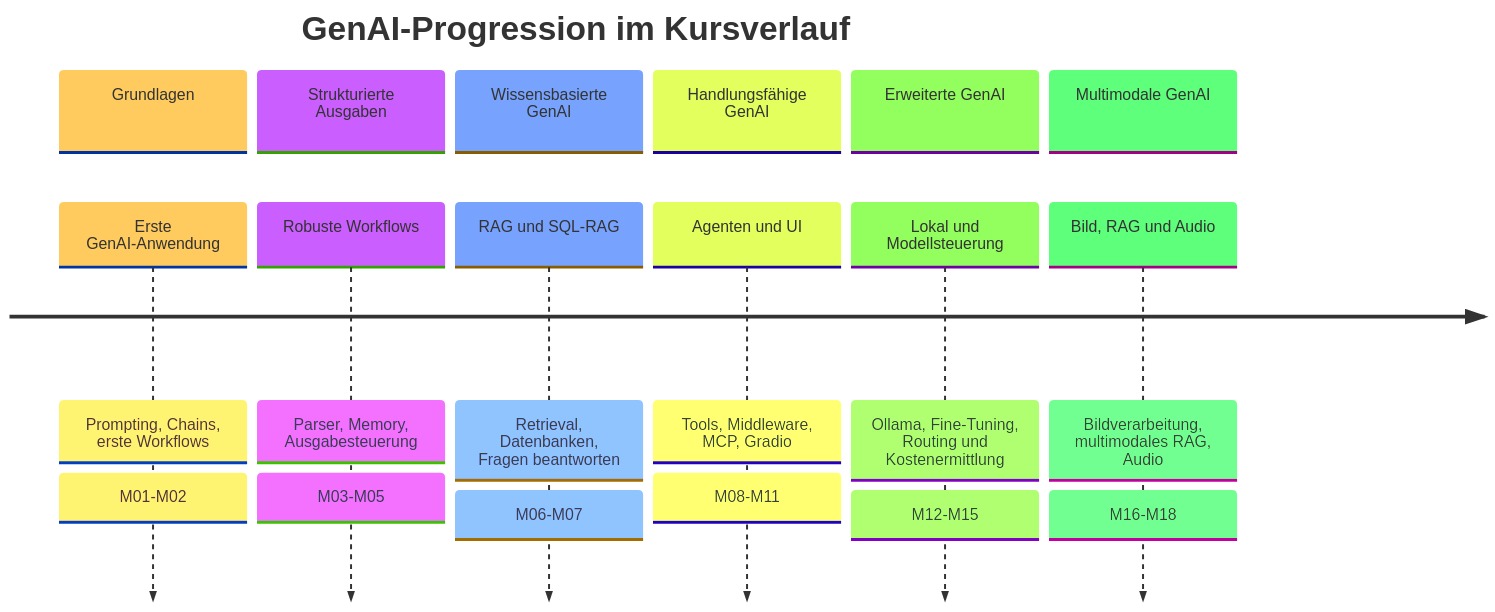
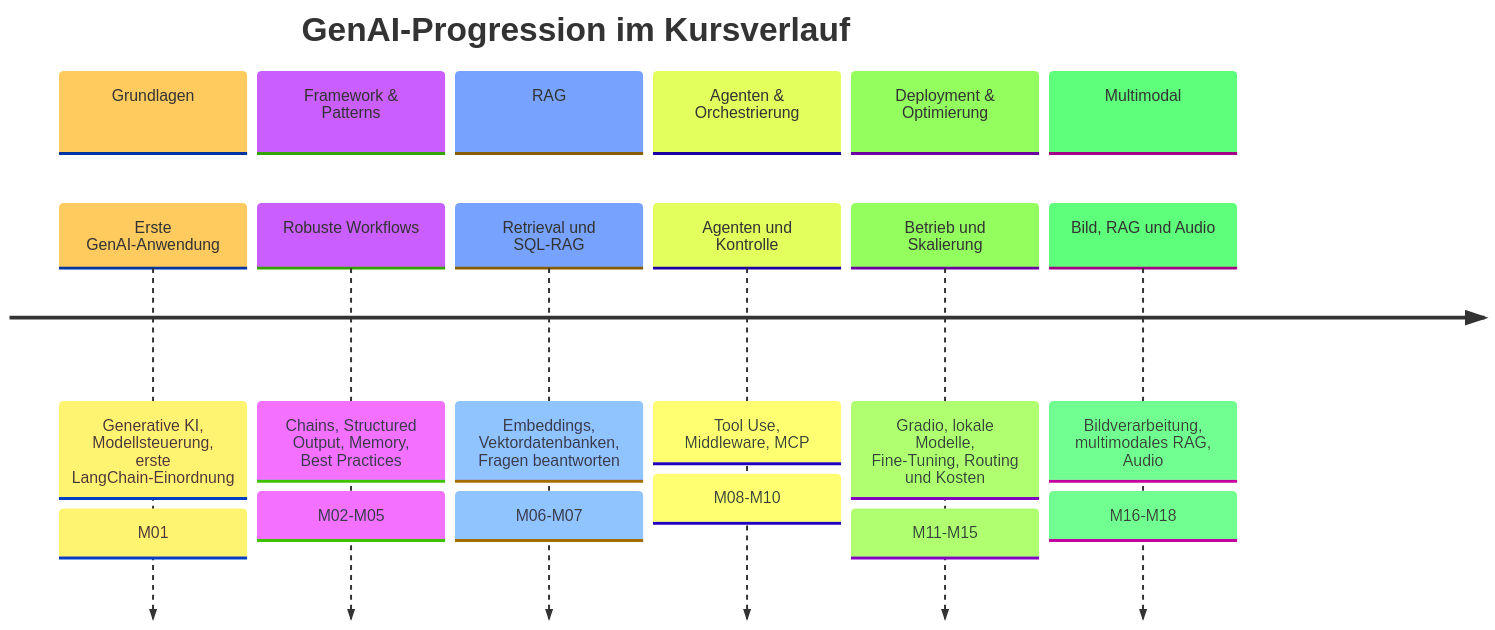
One commit to ralf-42/GenAI changed the diagram in docs/02-orientierung/kursueberblick.md. Above: the diagram before and after it, drawn with Mermaid. The commit also changed other lines of this file, not shown here.

````diff
--- a/docs/02-orientierung/kursueberblick.md
+++ b/docs/02-orientierung/kursueberblick.md
@@ -71,33 +73,33 @@
 ```mermaid
 %%{init: {
   'theme': 'base',
   'themeVariables': {
     'timelineLineColor': '#2e7d32',
     'sectionBkgColor': '#c8e6c9',
     'sectionTextColor': '#1b5e20',
     'containerBkgColor': '#f9f9f9',
     'taskBkgColor': '#e8f5e9',
     'taskTextColor': '#1b5e20'
   }
 }}%%
 timeline
     title GenAI-Progression im Kursverlauf
     section Grundlagen
-        Erste GenAI-Anwendung : Prompting, Chains, erste Workflows
-                              : M01-M02
-    section Strukturierte Ausgaben
-        Robuste Workflows     : Parser, Memory, Ausgabesteuerung
-                              : M03-M05
-    section Wissensbasierte GenAI
-        RAG und SQL-RAG       : Retrieval, Datenbanken, Fragen beantworten
+        Erste GenAI-Anwendung : Generative KI, Modellsteuerung, erste LangChain-Einordnung
+                              : M01
+    section Framework & Patterns
+        Robuste Workflows     : Chains, Structured Output, Memory, Best Practices
+                              : M02-M05
+    section RAG
+        Retrieval und SQL-RAG : Embeddings, Vektordatenbanken, Fragen beantworten
                               : M06-M07
-    section Handlungsfähige GenAI
-        Agenten und UI        : Tools, Middleware, MCP, Gradio
-                              : M08-M11
-    section Erweiterte GenAI
-        Lokal und Modellsteuerung : Ollama, Fine-Tuning, Routing und Kostenermittlung
-                              : M12-M15
-    section Multimodale GenAI
+    section Agenten & Orchestrierung
+        Agenten und Kontrolle : Tool Use, Middleware, MCP
+                              : M08-M10
+    section Deployment & Optimierung
+        Betrieb und Skalierung : Gradio, lokale Modelle, Fine-Tuning, Routing und Kosten
+                              : M11-M15
+    section Multimodal
         Bild, RAG und Audio   : Bildverarbeitung, multimodales RAG, Audio
                               : M16-M18
 ```
````
